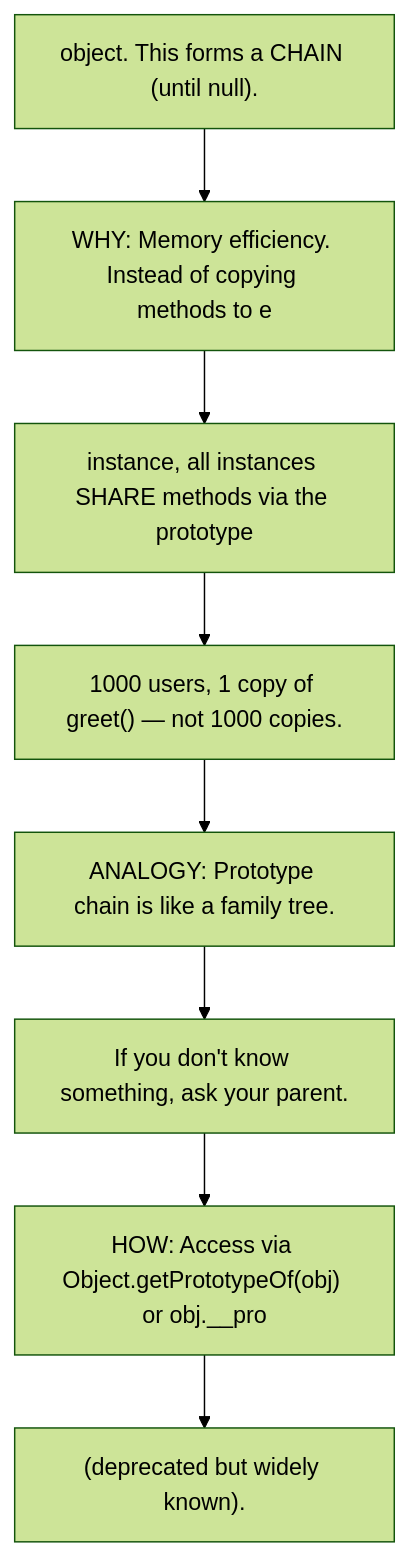
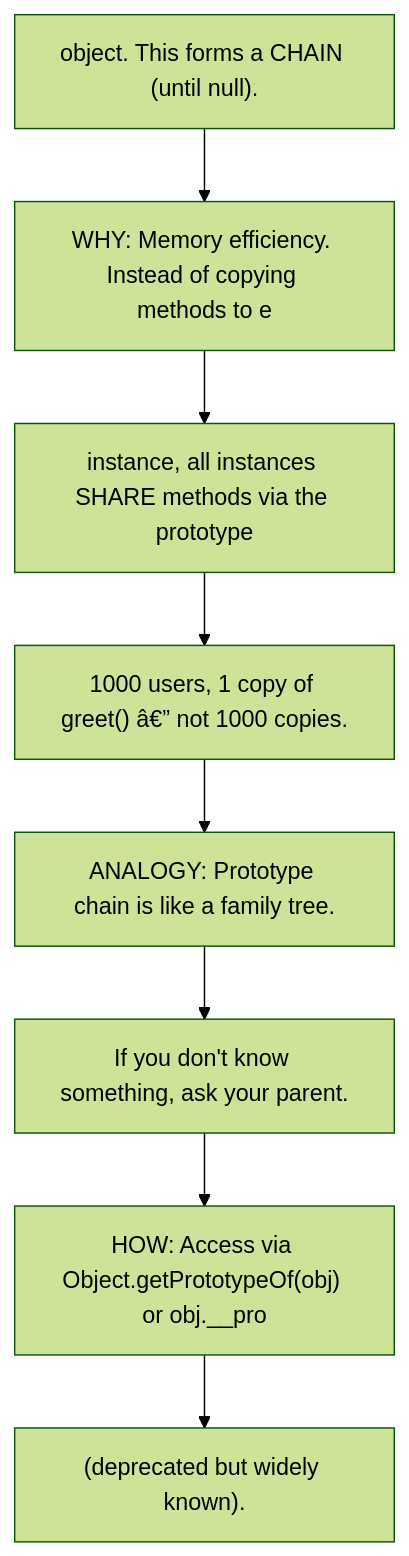
One commit to SaiHarsha502vvit/Daily-Prep changed the third of 7 diagrams in 16_JavaScript/03_JS_Objects_Prototypes.md. Above: the diagram before and after it, drawn with Mermaid (forest theme). The commit also changed other lines of this file and 256 other files, not shown here.

````diff
--- a/16_JavaScript/03_JS_Objects_Prototypes.md
+++ b/16_JavaScript/03_JS_Objects_Prototypes.md
@@ -253,18 +253,18 @@
 ```mermaid
 flowchart TD
     N1["object. This forms a CHAIN (until null)."]
     N2["WHY: Memory efficiency. Instead of copying methods to e"]
     N3["instance, all instances SHARE methods via the prototype"]
-    N4["1000 users, 1 copy of greet() — not 1000 copies."]
+    N4["1000 users, 1 copy of greet() â€” not 1000 copies."]
     N5["ANALOGY: Prototype chain is like a family tree."]
     N6["If you don't know something, ask your parent."]
     N7["HOW: Access via Object.getPrototypeOf(obj) or obj.__pro"]
     N8["(deprecated but widely known)."]
     N1 --> N2
     N2 --> N3
     N3 --> N4
     N4 --> N5
     N5 --> N6
     N6 --> N7
     N7 --> N8
 ```
````
